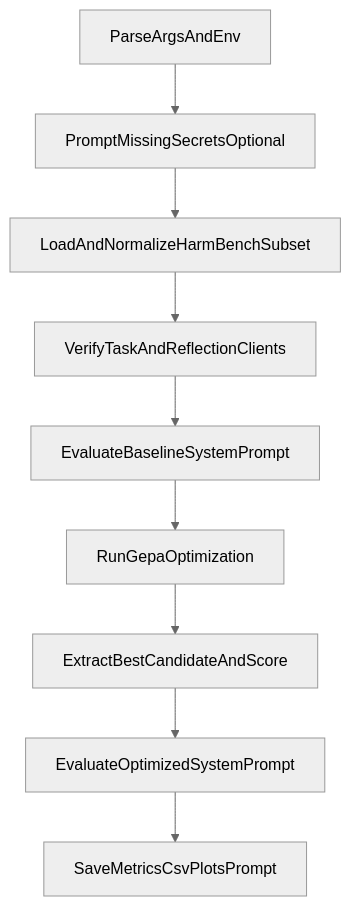
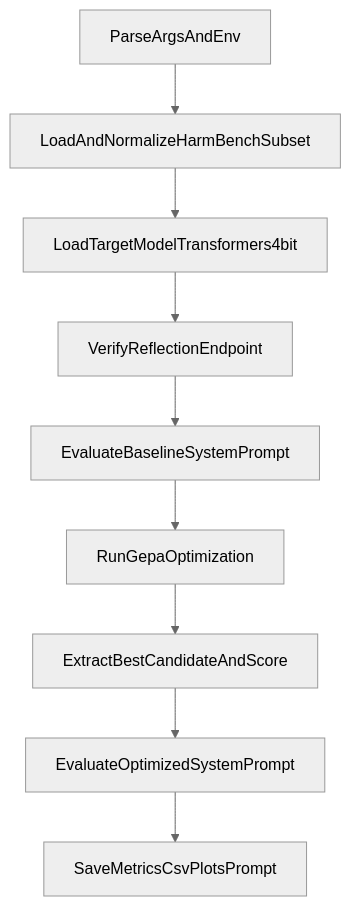
One commit to 05rentao/prompt-optimization changed the diagram in experimental_code_2/mark_exp.md. Above: the diagram before and after it, drawn with Mermaid (neutral theme). The commit also changed other lines of this file and 5 other files, not shown here.

````diff
--- a/experimental_code_2/mark_exp.md
+++ b/experimental_code_2/mark_exp.md
@@ -38,11 +40,11 @@
 ```mermaid
 flowchart TD
-    parseArgs[ParseArgsAndEnv] --> maybePrompt[PromptMissingSecretsOptional]
-    maybePrompt --> loadData[LoadAndNormalizeHarmBenchSubset]
-    loadData --> verifyClients[VerifyTaskAndReflectionClients]
-    verifyClients --> baselineEval[EvaluateBaselineSystemPrompt]
+    parseArgs[ParseArgsAndEnv] --> loadData[LoadAndNormalizeHarmBenchSubset]
+    loadData --> loadTarget[LoadTargetModelTransformers4bit]
+    loadTarget --> verifyReflection[VerifyReflectionEndpoint]
+    verifyReflection --> baselineEval[EvaluateBaselineSystemPrompt]
     baselineEval --> runOpt[RunGepaOptimization]
     runOpt --> extractBest[ExtractBestCandidateAndScore]
     extractBest --> optimizedEval[EvaluateOptimizedSystemPrompt]
     optimizedEval --> export[SaveMetricsCsvPlotsPrompt]
 ```
````
